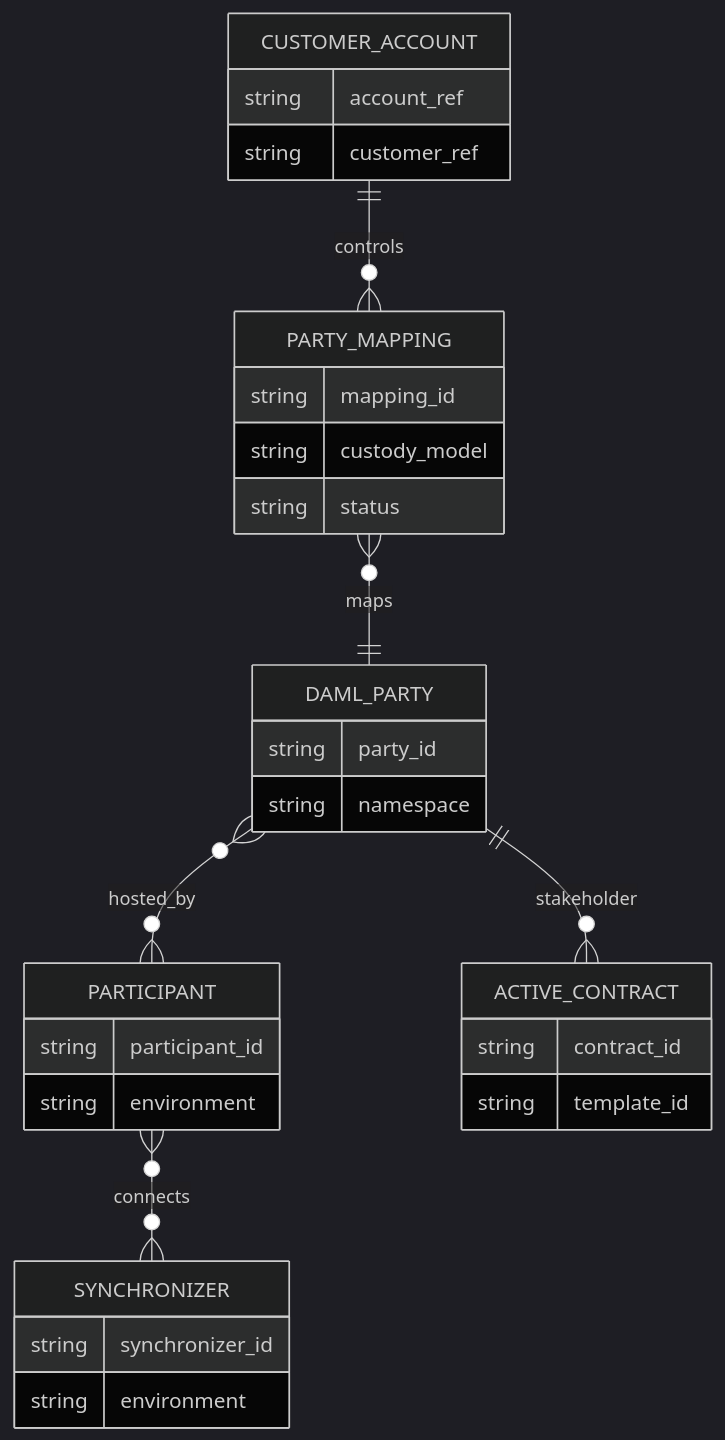
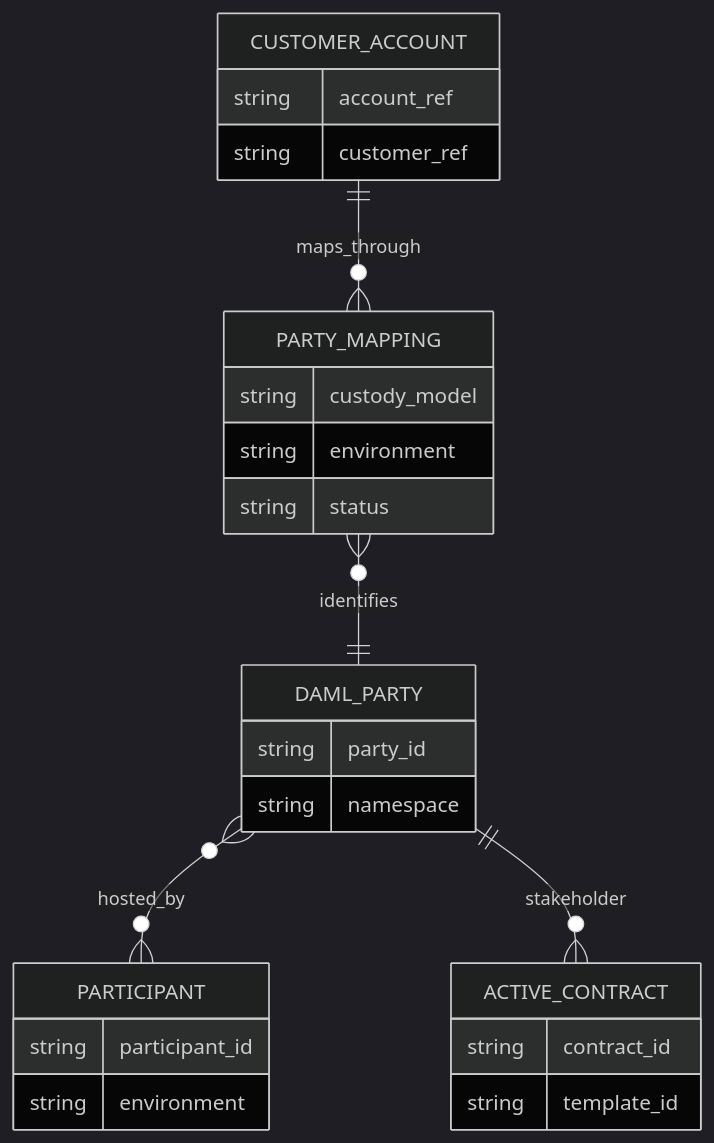
Before and after one commit to eunsujeo/eunpus: the second of 4 diagrams in blockchain-manager/docs/온보딩/Canton Network/02-party-participant-synchronizer.md, drawn with Mermaid (dark theme). The commit also changed other lines of this file and 24 other files, not shown here.

````diff
--- a/blockchain-manager/docs/온보딩/Canton Network/02-party-participant-synchronizer.md
+++ b/blockchain-manager/docs/온보딩/Canton Network/02-party-participant-synchronizer.md
@@ -15,34 +55,29 @@
 ```mermaid
 erDiagram
-    CUSTOMER_ACCOUNT ||--o{ PARTY_MAPPING : controls
-    PARTY_MAPPING }o--|| DAML_PARTY : maps
+    CUSTOMER_ACCOUNT ||--o{ PARTY_MAPPING : maps_through
+    PARTY_MAPPING }o--|| DAML_PARTY : identifies
     DAML_PARTY }o--o{ PARTICIPANT : hosted_by
-    PARTICIPANT }o--o{ SYNCHRONIZER : connects
     DAML_PARTY ||--o{ ACTIVE_CONTRACT : stakeholder
 
     CUSTOMER_ACCOUNT {
       string account_ref
       string customer_ref
     }
     PARTY_MAPPING {
-      string mapping_id
       string custody_model
+      string environment
       string status
     }
     DAML_PARTY {
       string party_id
       string namespace
     }
     PARTICIPANT {
       string participant_id
       string environment
     }
-    SYNCHRONIZER {
-      string synchronizer_id
-      string environment
-    }
     ACTIVE_CONTRACT {
       string contract_id
       string template_id
     }
 ```
````
